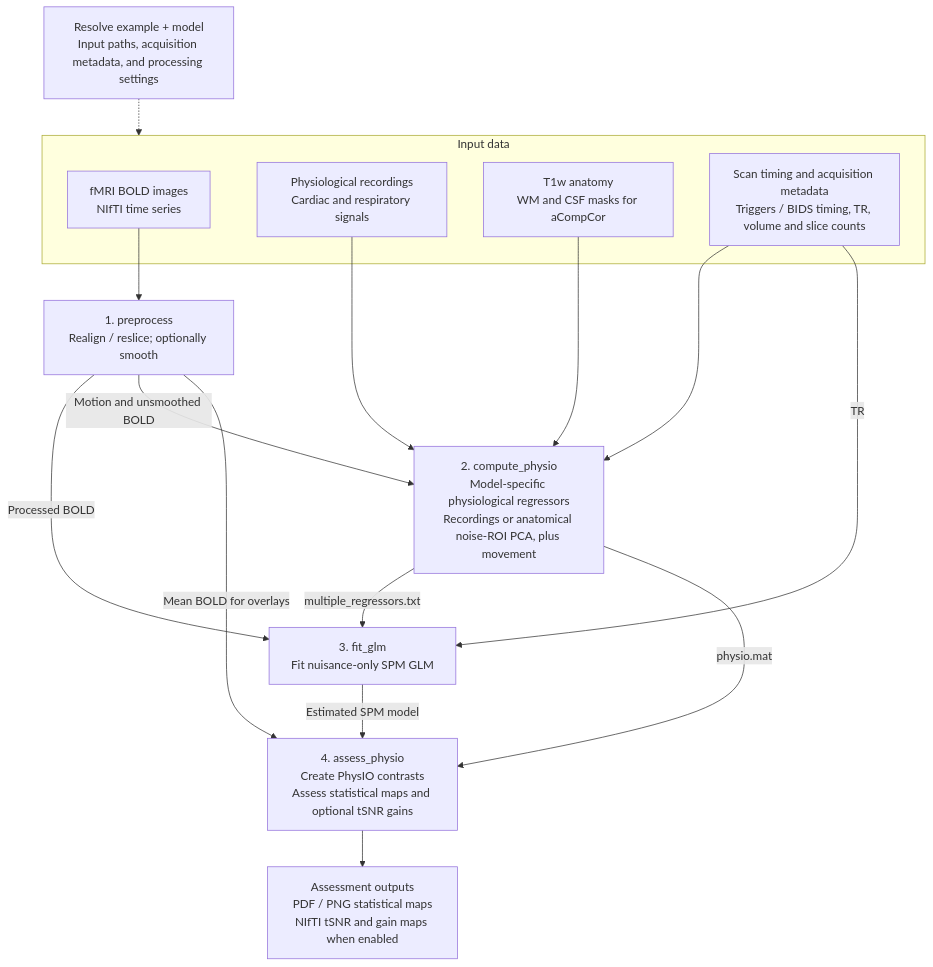
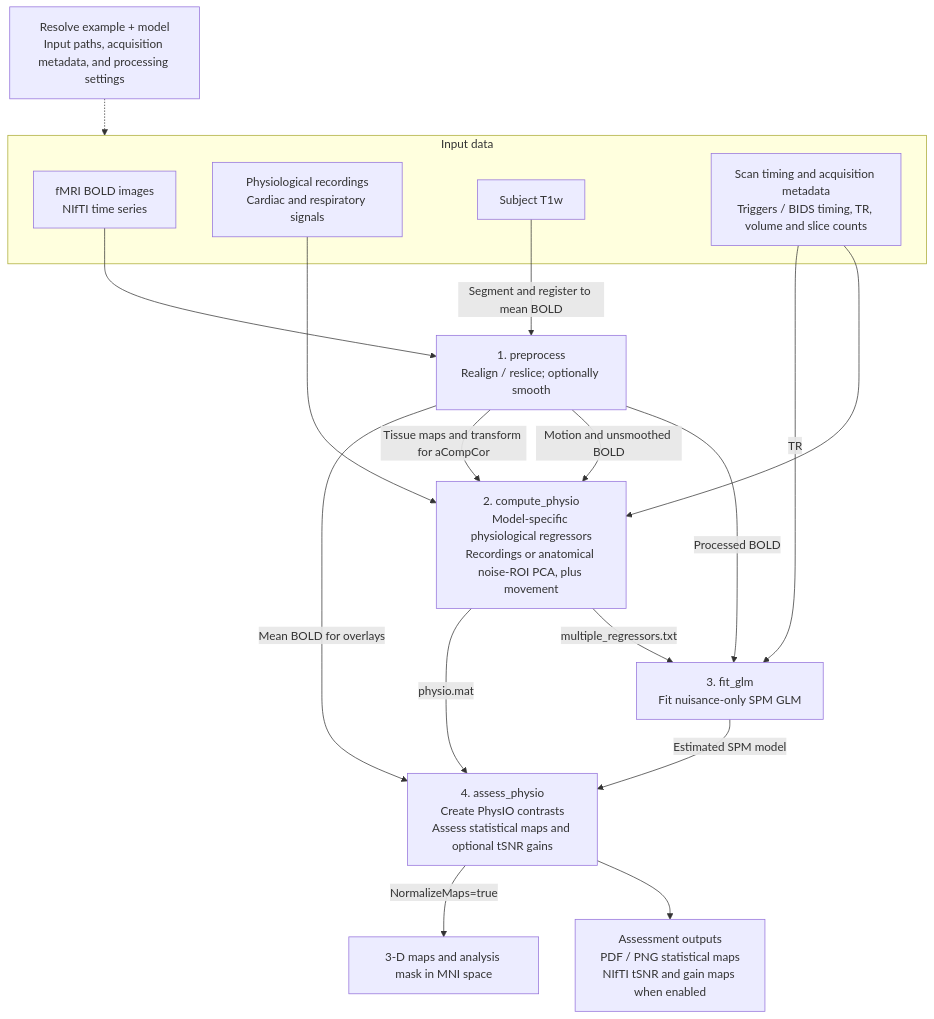
The diagram in README.md (likeajumprope/PhysIO-4-All), drawn with Mermaid before and after one commit. The commit also changed other lines of this file and 6 other files, not shown here.

Commit message:
Register available anatomy for all models and export first-level maps to MNI

````diff
--- a/README.md
+++ b/README.md
@@ -251,25 +291,27 @@
 ```mermaid
 flowchart TD
     config["Resolve example + model<br/>Input paths, acquisition metadata, and processing settings"]
 
     subgraph inputs["Input data"]
         bold["fMRI BOLD images<br/>NIfTI time series"]
         recordings["Physiological recordings<br/>Cardiac and respiratory signals"]
-        anatomy["T1w anatomy<br/>WM and CSF masks for aCompCor"]
+        anatomy["Subject T1w"]
         timing["Scan timing and acquisition metadata<br/>Triggers / BIDS timing, TR, volume and slice counts"]
     end
 
     config -.-> inputs
     bold --> preprocess["1. preprocess<br/>Realign / reslice; optionally smooth"]
     preprocess -->|Processed BOLD| glm["3. fit_glm<br/>Fit nuisance-only SPM GLM"]
     preprocess -->|Motion and unsmoothed BOLD| physio["2. compute_physio<br/>Model-specific physiological regressors<br/>Recordings or anatomical noise-ROI PCA, plus movement"]
     recordings --> physio
-    anatomy --> physio
+    anatomy -->|Segment and register to mean BOLD| preprocess
+    preprocess -->|Tissue maps and transform for aCompCor| physio
     timing --> physio
     timing -->|TR| glm
     physio -->|multiple_regressors.txt| glm
     physio -->|physio.mat| assess["4. assess_physio<br/>Create PhysIO contrasts<br/>Assess statistical maps and optional tSNR gains"]
     glm -->|Estimated SPM model| assess
     preprocess -->|Mean BOLD for overlays| assess
     assess --> reports["Assessment outputs<br/>PDF / PNG statistical maps<br/>NIfTI tSNR and gain maps when enabled"]
+    assess -->|NormalizeMaps=true| standard["3-D maps and analysis mask in MNI space"]
 ```
````
